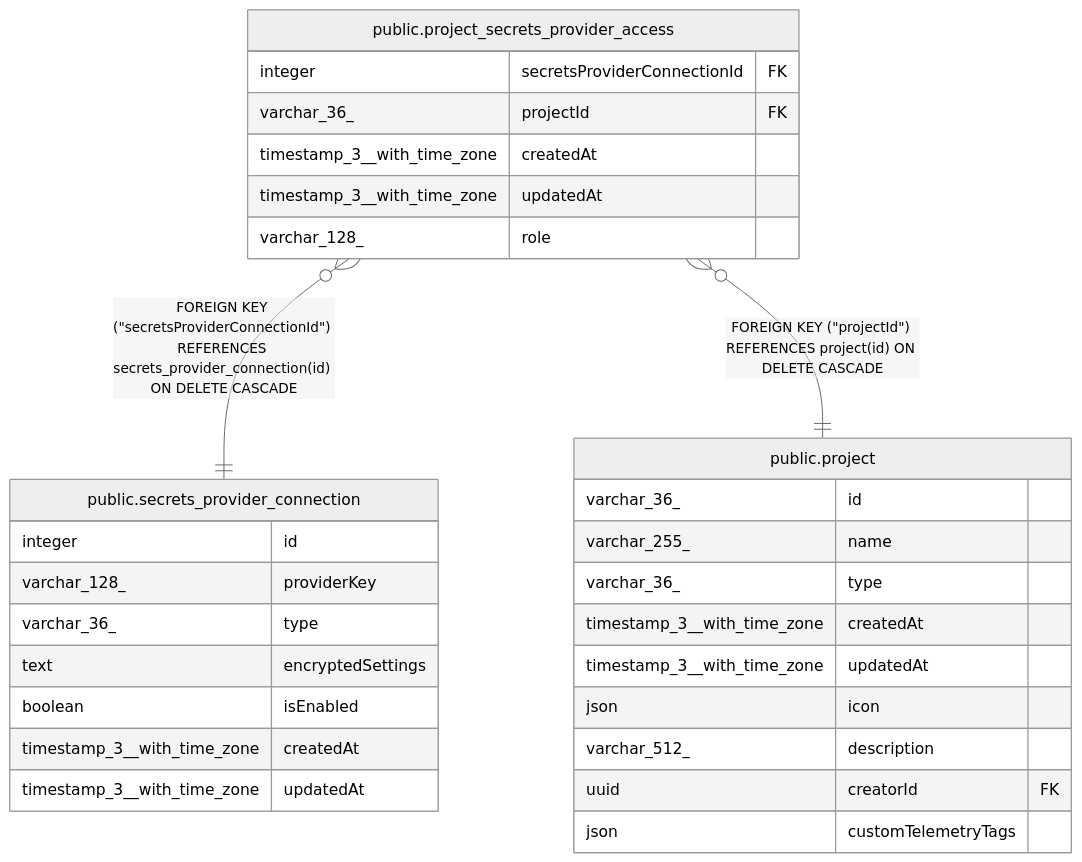
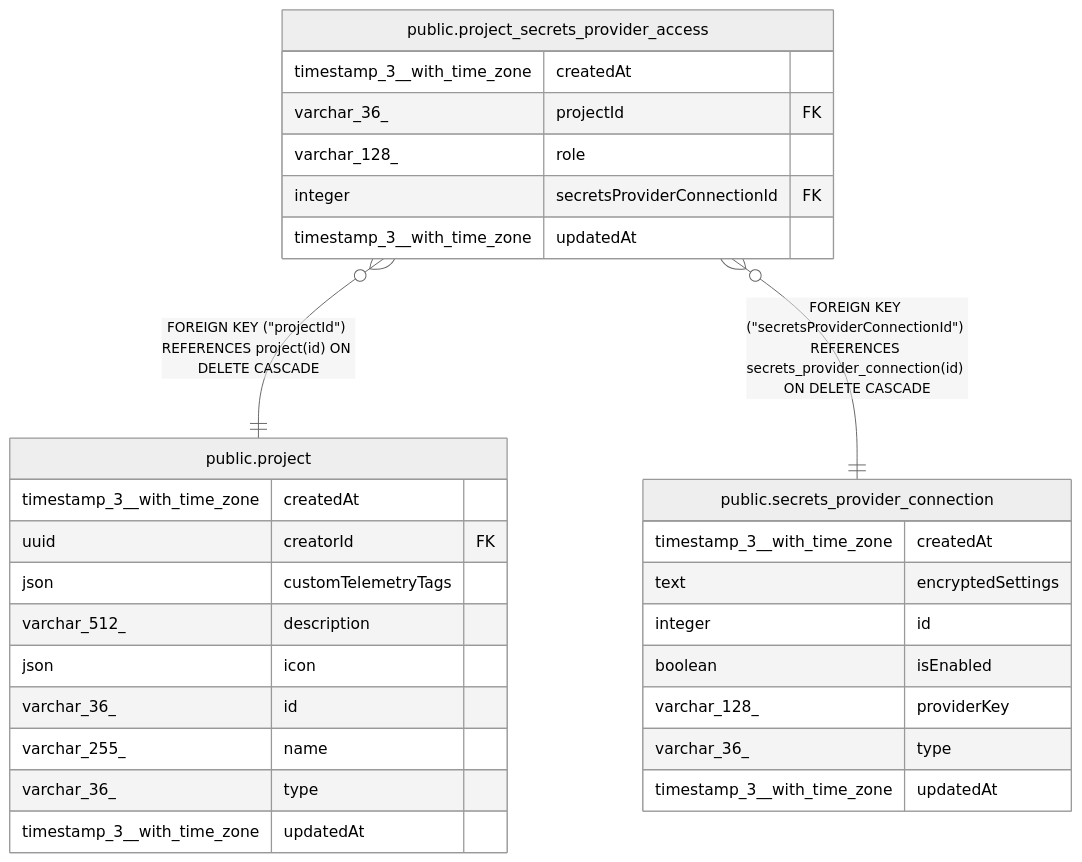
One commit to mayankjain1815-commits/n8n changed the diagram in docs/generated/postgres-schema/public.project_secrets_provider_access.md. Above: the diagram before and after it, drawn with Mermaid (neutral theme). The commit also changed other lines of this file and 221 other files, not shown here.

Commit message:
chore(core): Make DB schema docs generation deterministic (#32373)

````diff
--- a/docs/generated/postgres-schema/public.project_secrets_provider_access.md
+++ b/docs/generated/postgres-schema/public.project_secrets_provider_access.md
@@ -35,34 +35,34 @@
 ```mermaid
 erDiagram
 
+"public.project_secrets_provider_access" }o--|| "public.project" : "FOREIGN KEY (#quot;projectId#quot;) REFERENCES project(id) ON DELETE CASCADE"
 "public.project_secrets_provider_access" }o--|| "public.secrets_provider_connection" : "FOREIGN KEY (#quot;secretsProviderConnectionId#quot;) REFERENCES secrets_provider_connection(id) ON DELETE CASCADE"
-"public.project_secrets_provider_access" }o--|| "public.project" : "FOREIGN KEY (#quot;projectId#quot;) REFERENCES project(id) ON DELETE CASCADE"
 
 "public.project_secrets_provider_access" {
+  timestamp_3__with_time_zone createdAt
+  varchar_36_ projectId FK
+  varchar_128_ role
   integer secretsProviderConnectionId FK
-  varchar_36_ projectId FK
-  timestamp_3__with_time_zone createdAt
-  timestamp_3__with_time_zone updatedAt
-  varchar_128_ role
-}
-"public.secrets_provider_connection" {
-  integer id
-  varchar_128_ providerKey
-  varchar_36_ type
-  text encryptedSettings
-  boolean isEnabled
-  timestamp_3__with_time_zone createdAt
   timestamp_3__with_time_zone updatedAt
 }
 "public.project" {
+  timestamp_3__with_time_zone createdAt
+  uuid creatorId FK
+  json customTelemetryTags
+  varchar_512_ description
+  json icon
   varchar_36_ id
   varchar_255_ name
   varchar_36_ type
+  timestamp_3__with_time_zone updatedAt
+}
+"public.secrets_provider_connection" {
   timestamp_3__with_time_zone createdAt
+  text encryptedSettings
+  integer id
+  boolean isEnabled
+  varchar_128_ providerKey
+  varchar_36_ type
   timestamp_3__with_time_zone updatedAt
-  json icon
-  varchar_512_ description
-  uuid creatorId FK
-  json customTelemetryTags
 }
 ```
````
